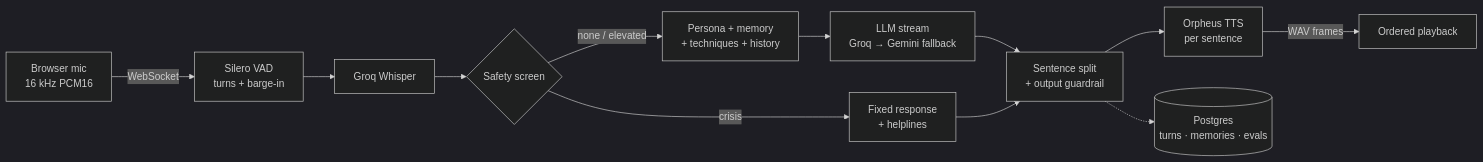
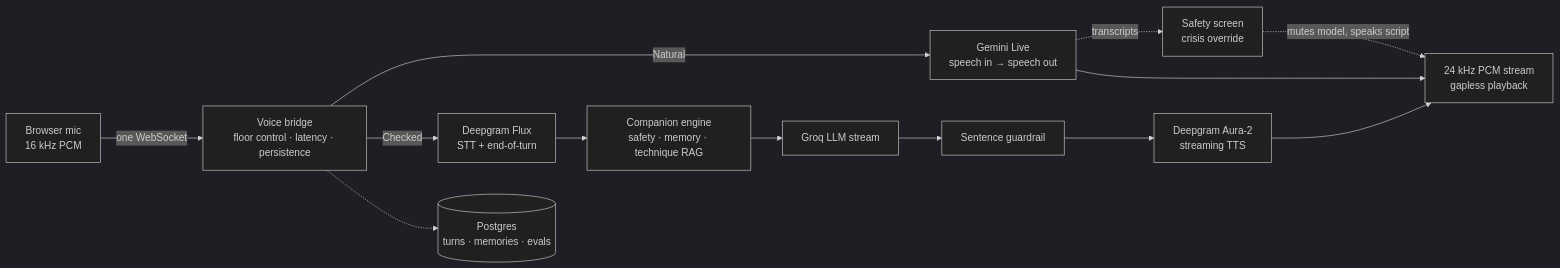
The diagram in README.md (NoumanZahid-85/Haven), drawn with Mermaid (dark theme) before and after one commit. The commit also changed other lines of this file and 2 other files, not shown here.

````diff
--- a/README.md
+++ b/README.md
@@ -25,14 +43,15 @@
 ```mermaid
 flowchart LR
-    MIC["Browser mic<br/>16 kHz PCM16"] -->|WebSocket| VAD["Silero VAD<br/>turns + barge-in"]
-    VAD --> STT["Groq Whisper"]
-    STT --> SAFE{"Safety screen"}
-    SAFE -->|crisis| SCRIPT["Fixed response<br/>+ helplines"]
-    SAFE -->|none / elevated| CTX["Persona + memory<br/>+ techniques + history"]
-    CTX --> LLM["LLM stream<br/>Groq → Gemini fallback"]
-    LLM --> SEG["Sentence split<br/>+ output guardrail"]
-    SCRIPT --> SEG
-    SEG --> TTS["Orpheus TTS<br/>per sentence"]
-    TTS -->|WAV frames| PLAY["Ordered playback"]
-    SEG -.-> DB[("Postgres<br/>turns · memories · evals")]
+    MIC["Browser mic<br/>16 kHz PCM"] -->|one WebSocket| BRIDGE["Voice bridge<br/>floor control · latency · persistence"]
+    BRIDGE -->|Natural| LIVE["Gemini Live<br/>speech in → speech out"]
+    BRIDGE -->|Checked| FLUX["Deepgram Flux<br/>STT + end-of-turn"]
+    FLUX --> ENGINE["Companion engine<br/>safety · memory · technique RAG"]
+    ENGINE --> LLM["Groq LLM stream"]
+    LLM --> GUARD["Sentence guardrail"]
+    GUARD --> TTS["Deepgram Aura-2<br/>streaming TTS"]
+    LIVE -. transcripts .-> SAFETY["Safety screen<br/>crisis override"]
+    LIVE --> OUT
+    TTS --> OUT["24 kHz PCM stream<br/>gapless playback"]
+    SAFETY -. mutes model, speaks script .-> OUT
+    BRIDGE -.-> DB[("Postgres<br/>turns · memories · evals")]
 ```
````
